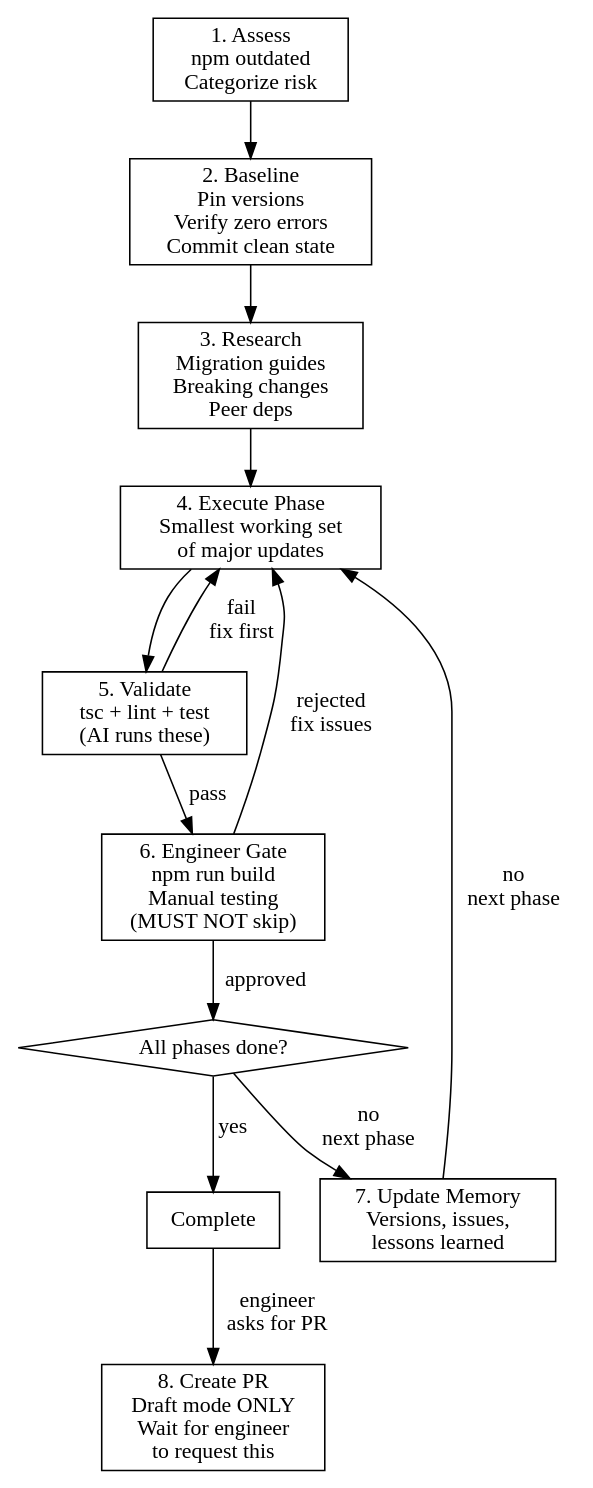
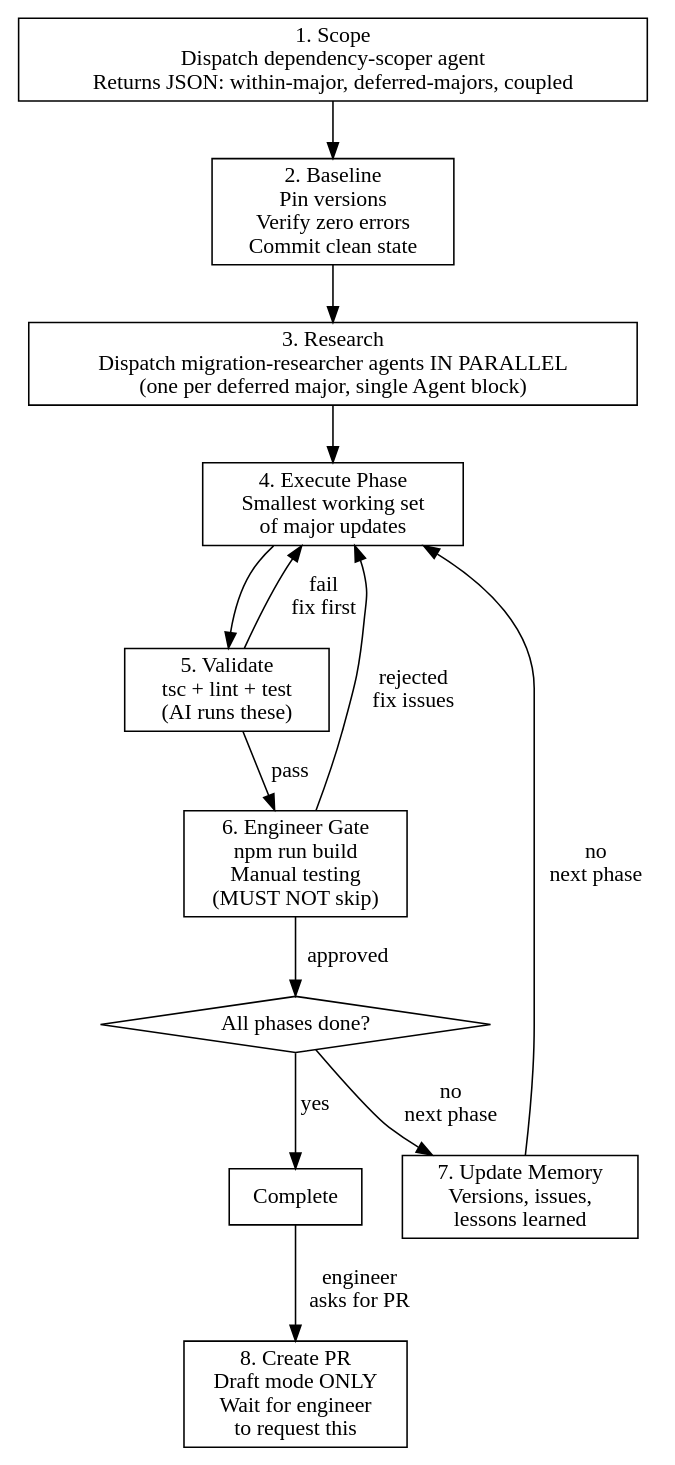
Before and after one commit to entorenee/dotfiles: the diagram in nix/module/claude/config/skills/dependency-upgrades/SKILL.md, drawn with Graphviz. The commit also changed other lines of this file and 3 other files, not shown here.

````diff
--- a/nix/module/claude/config/skills/dependency-upgrades/SKILL.md
+++ b/nix/module/claude/config/skills/dependency-upgrades/SKILL.md
@@ -23,26 +23,26 @@
 ```dot
 digraph upgrade_flow {
     rankdir=TB;
     node [shape=box];
 
-    assess [label="1. Assess\nnpm outdated\nCategorize risk"];
+    scope [label="1. Scope\nDispatch dependency-scoper agent\nReturns JSON: within-major, deferred-majors, coupled"];
     baseline [label="2. Baseline\nPin versions\nVerify zero errors\nCommit clean state"];
-    research [label="3. Research\nMigration guides\nBreaking changes\nPeer deps"];
+    research [label="3. Research\nDispatch migration-researcher agents IN PARALLEL\n(one per deferred major, single Agent block)"];
     phase [label="4. Execute Phase\nSmallest working set\nof major updates"];
     validate [label="5. Validate\ntsc + lint + test\n(AI runs these)"];
     engineer [label="6. Engineer Gate\nnpm run build\nManual testing\n(MUST NOT skip)"];
     done [label="All phases done?" shape=diamond];
     memory [label="7. Update Memory\nVersions, issues,\nlessons learned"];
     complete [label="Complete"];
 
-    assess -> baseline -> research -> phase -> validate;
+    scope -> baseline -> research -> phase -> validate;
     validate -> engineer [label="pass"];
     validate -> phase [label="fail\nfix first"];
     engineer -> done [label="approved"];
     engineer -> phase [label="rejected\nfix issues"];
     done -> memory -> phase [label="no\nnext phase"];
     done -> complete [label="yes"];
     complete -> pr [label="engineer\nasks for PR"];
     pr [label="8. Create PR\nDraft mode ONLY\nWait for engineer\nto request this"];
 }
 ```
````
